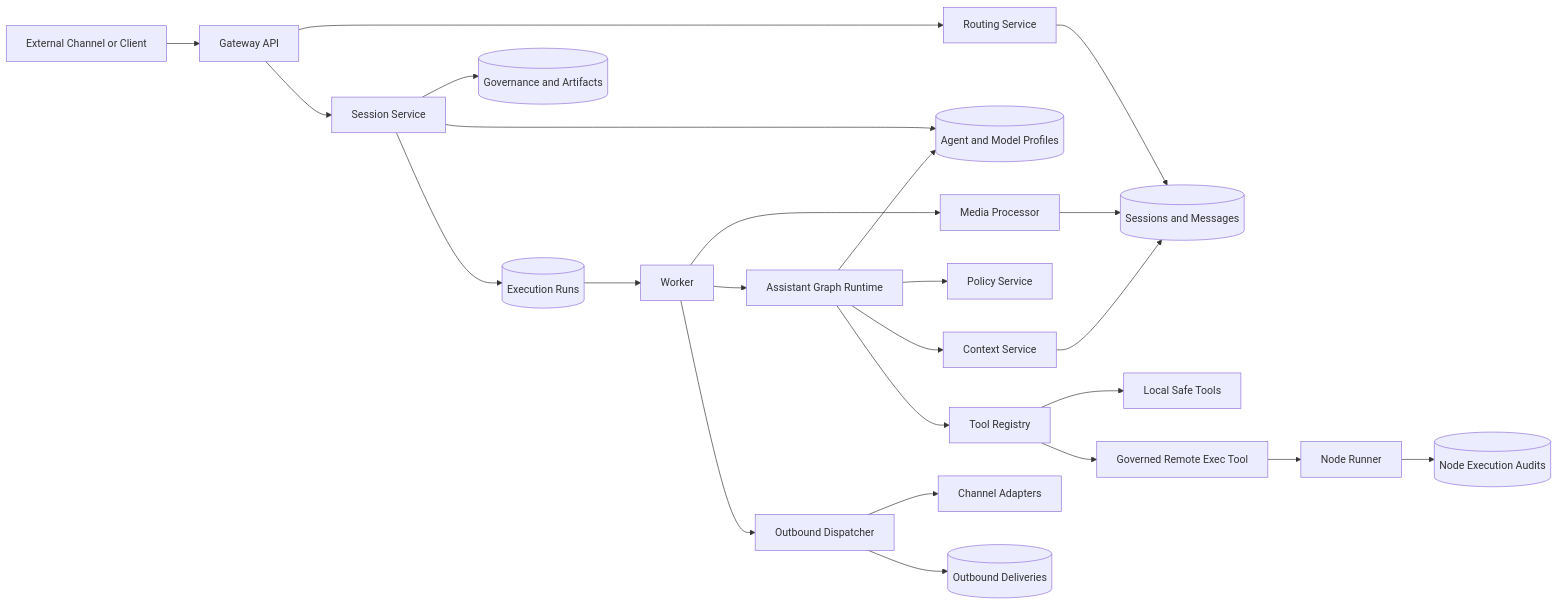
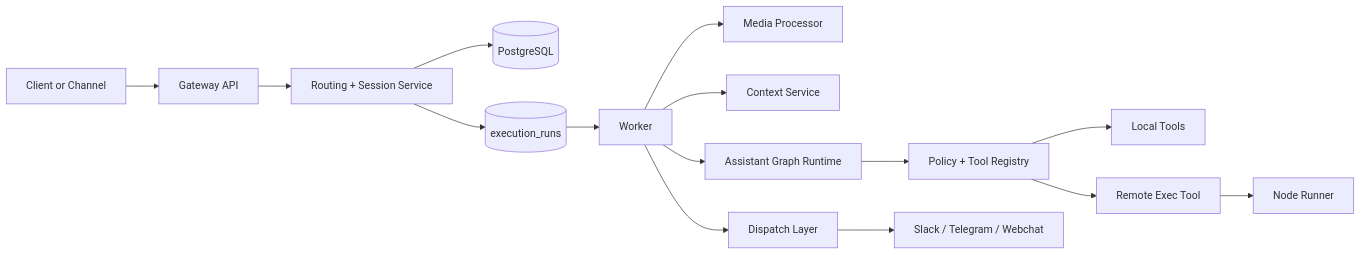
The diagram in README.md (scott5252/python-claw), drawn with Mermaid before and after one commit. The commit also changed other lines of this file and 2 other files, not shown here.

````diff
--- a/README.md
+++ b/README.md
@@ -92,26 +58,17 @@
 ```mermaid
 flowchart LR
-    A[External Channel or Client] --> B[Gateway API]
-    B --> C[Routing Service]
-    C --> D[(Sessions and Messages)]
-    B --> E[Session Service]
-    E --> U[(Agent and Model Profiles)]
-    E --> F[(Execution Runs)]
-    F --> G[Worker]
-    G --> H[Media Processor]
-    H --> D
-    G --> I[Assistant Graph Runtime]
-    I --> U
-    I --> J[Policy Service]
-    I --> K[Tool Registry]
-    I --> L[Context Service]
-    L --> D
-    K --> M[Local Safe Tools]
-    K --> N[Governed Remote Exec Tool]
-    N --> O[Node Runner]
-    O --> P[(Node Execution Audits)]
-    G --> Q[Outbound Dispatcher]
-    Q --> R[Channel Adapters]
-    Q --> S[(Outbound Deliveries)]
-    E --> T[(Governance and Artifacts)]
+    A[Client or Channel] --> B[Gateway API]
+    B --> C[Routing + Session Service]
+    C --> D[(PostgreSQL)]
+    C --> E[(execution_runs)]
+    E --> F[Worker]
+    F --> G[Media Processor]
+    F --> H[Context Service]
+    F --> I[Assistant Graph Runtime]
+    I --> J[Policy + Tool Registry]
+    J --> K[Local Tools]
+    J --> L[Remote Exec Tool]
+    L --> M[Node Runner]
+    F --> N[Dispatch Layer]
+    N --> O[Slack / Telegram / Webchat]
 ```
````
